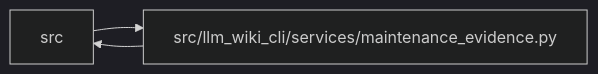
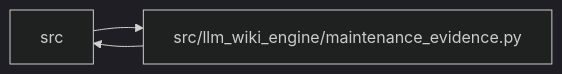
The diagram in docs/llm_wiki/modules/maintenance_evidence.md (Denissvgn/python-wiki-llm), drawn with Mermaid (dark theme) before and after one commit. The commit also changed other lines of this file and 1058 other files, not shown here.

````diff
--- a/docs/llm_wiki/modules/maintenance_evidence.md
+++ b/docs/llm_wiki/modules/maintenance_evidence.md
@@ -34,8 +33,8 @@
 ```mermaid
 flowchart LR
     n0["src"]
-    n1["src/llm_wiki_cli/services/maintenance_evidence.py"]
+    n1["src/llm_wiki_engine/maintenance_evidence.py"]
     n0 --> n1
     n1 --> n0
     click n1 "../modules/maintenance_evidence.md"
 ```
````
